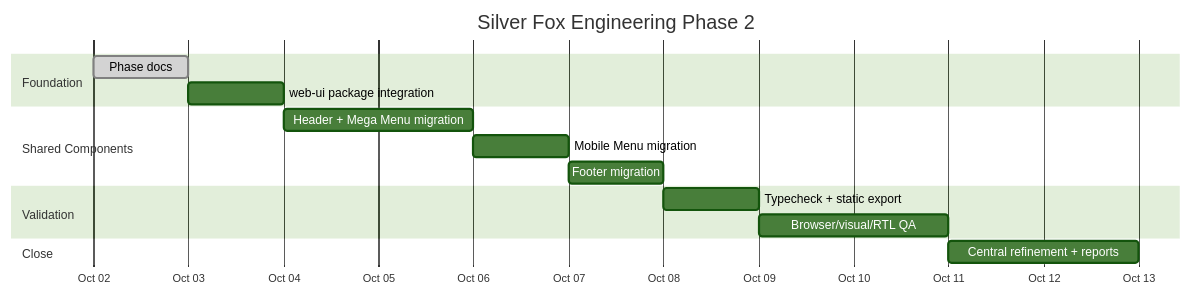
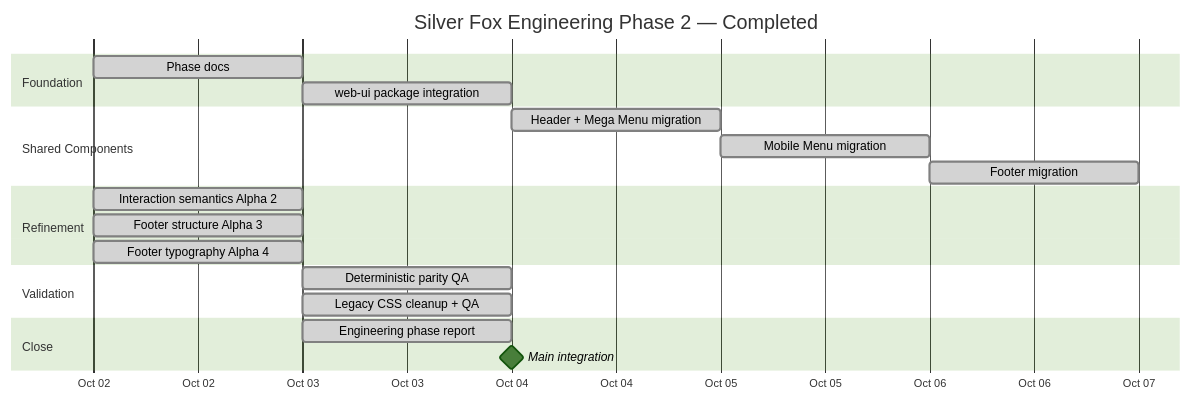
The diagram in docs/project/phase-2/GANTT.md (silverfoxcloud/silverfox-engineering), drawn with Mermaid (forest theme) before and after one commit. The commit also changed other lines of this file and 8 other files, not shown here.

Commit message:
docs: close Engineering Phase 2 reference convergence

````diff
--- a/docs/project/phase-2/GANTT.md
+++ b/docs/project/phase-2/GANTT.md
@@ -3,22 +3,28 @@
 ```mermaid
 gantt
-    title Silver Fox Engineering Phase 2
+    title Silver Fox Engineering Phase 2 — Completed
     dateFormat  YYYY-MM-DD
     axisFormat  %b %d
 
     section Foundation
     Phase docs                         :done, e20, 2026-10-02, 1d
-    web-ui package integration         :e21, after e20, 1d
+    web-ui package integration         :done, e21, after e20, 1d
 
     section Shared Components
-    Header + Mega Menu migration       :e22, after e21, 2d
-    Mobile Menu migration              :e23, after e22, 1d
-    Footer migration                   :e24, after e23, 1d
+    Header + Mega Menu migration       :done, e22, after e21, 1d
+    Mobile Menu migration              :done, e23, after e22, 1d
+    Footer migration                   :done, e24, after e23, 1d
+
+    section Refinement
+    Interaction semantics Alpha 2      :done, e25, 2026-10-02, 1d
+    Footer structure Alpha 3           :done, e26, 2026-10-02, 1d
+    Footer typography Alpha 4          :done, e27, 2026-10-02, 1d
 
     section Validation
-    Typecheck + static export          :e25, after e24, 1d
-    Browser/visual/RTL QA              :e26, after e25, 2d
+    Deterministic parity QA            :done, e28, 2026-10-03, 1d
+    Legacy CSS cleanup + QA            :done, e29, 2026-10-03, 1d
 
     section Close
-    Central refinement + reports       :e27, after e26, 2d
+    Engineering phase report           :done, e30, 2026-10-03, 1d
+    Main integration                   :milestone, e31, after e30, 0d
 ```
````
